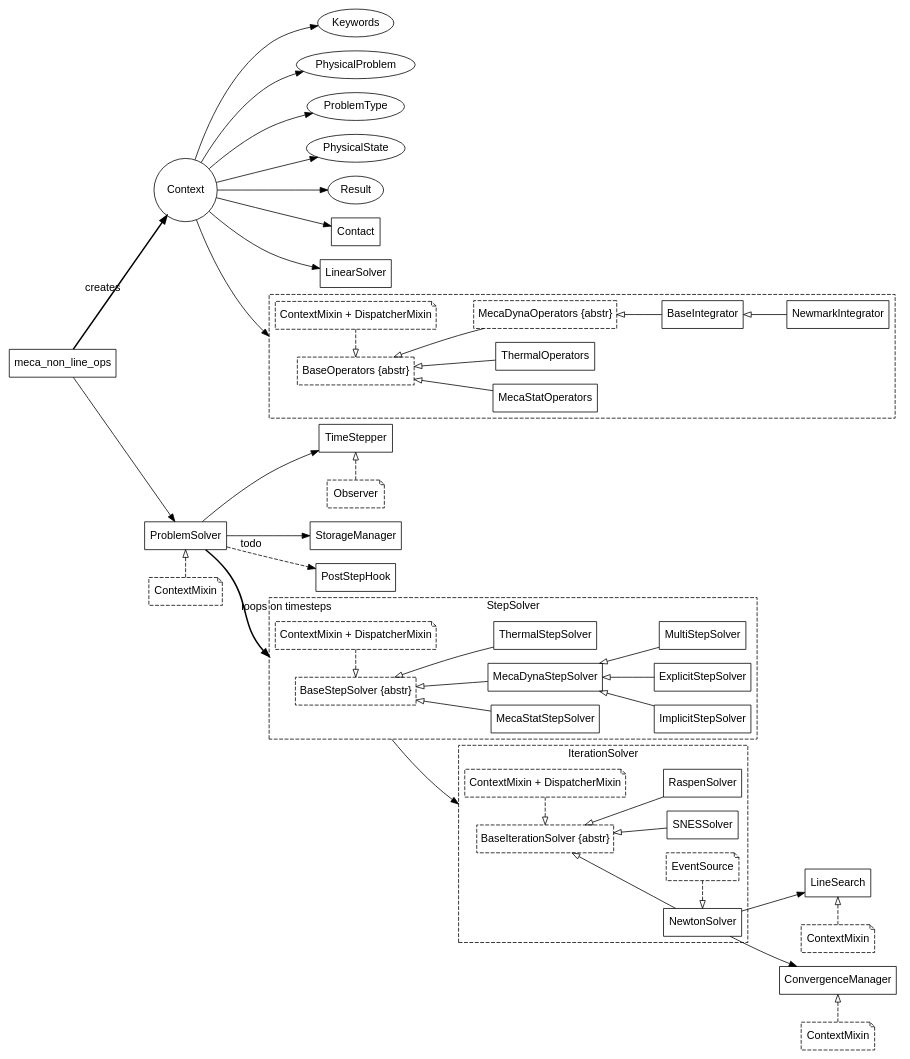
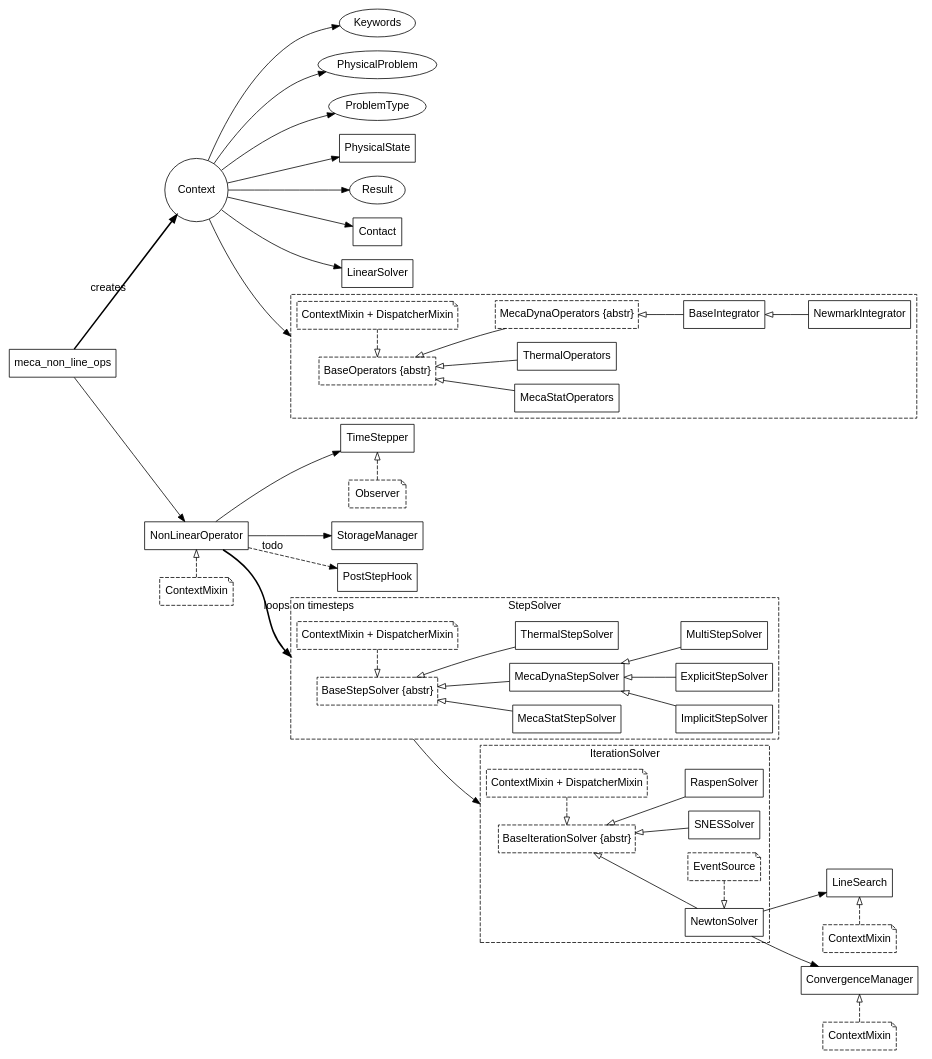
The diagram in doc/img/mnl.dot (Krande/code-aster-copy), drawn with Graphviz before and after one commit. The commit also changed 12 other files, not shown here.

Commit message:
[#34400] main object is NonLinearOperator

```diff
--- a/doc/img/mnl.dot
+++ b/doc/img/mnl.dot
@@ -1,158 +1,158 @@
 digraph MNL {
     compound = "true";
     // global+several pointers: circle
     // mixin: note, dashed
     // abstract: ' {abstr}', dashed
     labelloc = "t";
     rankdir = "LR";
     fontname = "Helvetica,Arial,sans-serif";
     node [fontname = "Helvetica,Arial,sans-serif"; shape = "box";];
     edge [fontname = "Helvetica,Arial,sans-serif";];
     
     subgraph bases {
         keywords [label = "Keywords";shape = "ellipse";];
         problem [label = "PhysicalProblem";shape = "ellipse";];
         type [label = "ProblemType";shape = "ellipse";];
-        state [label = "PhysicalState";shape = "ellipse";];
+        state [label = "PhysicalState";];
         result [label = "Result";shape = "ellipse";];
         contact [label = "Contact";];
         linsolv [label = "LinearSolver";];
         context [label = "Context";shape = "circle";];
         
         context -> problem;
         context -> type;
         context -> keywords;
         context -> state;
         context -> result;
         context -> operators [lhead = cluster_operators;];
         context -> contact;
         context -> linsolv;
     }
     
     mnl [label = "meca_non_line_ops";];
     subgraph {
         rank = "same";
-        pbsolv [label = "ProblemSolver";];
+        nl_operator [label = "NonLinearOperator";];
         mixin_pb [label = "ContextMixin";style = "dashed";shape = "note";];
-        pbsolv -> mixin_pb [dir = "back"; style = "dashed"; arrowtail = "empty";];
+        nl_operator -> mixin_pb [dir = "back"; style = "dashed"; arrowtail = "empty";];
     }
     timestepper [label = "TimeStepper";];
     storage [label = "StorageManager";];
     hook [label = "PostStepHook";];
     
     observ [label = "Observer";style = "dashed";shape = "note";];
     
     subgraph cluster_operators {
         subgraph {
             rank = "same";
             operators [label = "BaseOperators {abstr}";style = "dashed";];
             mixin_oper [label = "ContextMixin + DispatcherMixin";style = "dashed";shape = "note";];
             operators -> mixin_oper [dir = "back"; style = "dashed"; arrowtail = "empty";];
         }
         style = "dashed";
         subgraph {
             rank = "same";
             statopers [label = "MecaStatOperators";];
             theropers [label = "ThermalOperators";];
             dynopers [label = "MecaDynaOperators {abstr}";style = "dashed";];
         }
         integr [label = BaseIntegrator;];
         newmark [label = NewmarkIntegrator;];
         
         // subclasses
         operators -> statopers [dir = "back"; arrowtail = "empty";];
         operators -> dynopers [dir = "back"; arrowtail = "empty";];
         operators -> theropers [dir = "back"; arrowtail = "empty";];
         
         dynopers -> integr [dir = "back"; arrowtail = "empty";];
         integr -> newmark [dir = "back"; arrowtail = "empty";];
     }
     
     subgraph cluster_stepsolv {
         label = "StepSolver";
         style = "dashed";
         subgraph {
             rank = "same";
             mecastat [label = "MecaStatStepSolver";];
             mecadyn [label = "MecaDynaStepSolver";];
             ther [label = "ThermalStepSolver";];
         }
         subgraph {
             rank = "same";
             stepsolv [label = "BaseStepSolver {abstr}";style = "dashed";];
             mixin_step [label = "ContextMixin + DispatcherMixin";style = "dashed";shape = "note";];
             stepsolv -> mixin_step [dir = "back"; style = "dashed"; arrowtail = "empty";];
         }
         // subclasses
         stepsolv -> mecastat [dir = "back"; arrowtail = "empty";];
         stepsolv -> mecadyn [dir = "back"; arrowtail = "empty";];
         stepsolv -> ther [dir = "back"; arrowtail = "empty";];
         
         implicit [label = "ImplicitStepSolver";];
         explicit [label = "ExplicitStepSolver";];
         multi [label = "MultiStepSolver";];
         
         // subclasses
         mecadyn -> implicit [dir = "back"; arrowtail = "empty";];
         mecadyn -> explicit [dir = "back"; arrowtail = "empty";];
         mecadyn -> multi [dir = "back"; arrowtail = "empty";];
     }
     
     subgraph cluster_iter_solv {
         label = IterationSolver;
         style = "dashed";
         subgraph {
             rank = "same";
             iter_solver [label = "BaseIterationSolver {abstr}";style = "dashed";];
             mixin_iter [label = "ContextMixin + DispatcherMixin";style = "dashed";shape = "note";];
             iter_solver -> mixin_iter [dir = "back"; style = "dashed"; arrowtail = "empty";];
         }
         // [style = invis]
         subgraph {
             rank = "same";
             newton [label = "NewtonSolver";];
             event [label = "EventSource";style = "dashed";shape = "note";];
             newton -> event [dir = "back"; style = "dashed"; arrowtail = "empty";];
         }
         snes [label = "SNESSolver";];
         raspen [label = "RaspenSolver";];
         
         iter_solver -> newton [dir = "back"; arrowtail = "empty";];
         iter_solver -> snes [dir = "back"; arrowtail = "empty";];
         iter_solver -> raspen [dir = "back"; arrowtail = "empty";];
     }
     
-    mnl -> pbsolv;
+    mnl -> nl_operator;
     mnl -> context [xlabel = "creates"; style = "bold";];
     
-    pbsolv -> timestepper;
-    pbsolv -> storage;
-    pbsolv -> stepsolv [xlabel = "loops on timesteps"; lhead = cluster_stepsolv; style = "bold";];
-    pbsolv -> hook [label = "todo"; style = "dashed";];
+    nl_operator -> timestepper;
+    nl_operator -> storage;
+    nl_operator -> stepsolv [xlabel = "loops on timesteps"; lhead = cluster_stepsolv; style = "bold";];
+    nl_operator -> hook [label = "todo"; style = "dashed";];
     
     stepsolv -> iter_solver [ltail = cluster_stepsolv; lhead = cluster_iter_solv;];
     
     newton -> linesearch;
     newton -> conv_manager;
     
     subgraph {
         rank = "same";
         linesearch [label = "LineSearch";];
         mixin_line [label = "ContextMixin";style = "dashed";shape = "note";];
         linesearch -> mixin_line [dir = "back"; style = "dashed"; arrowtail = "empty";];
     }
     
     subgraph {
         rank = "same";
         conv_manager [label = "ConvergenceManager";];
         mixin_conv [label = "ContextMixin";style = "dashed";shape = "note";];
         conv_manager -> mixin_conv [dir = "back"; style = "dashed"; arrowtail = "empty";];
     }
     
     subgraph {
         rank = "same";
         timestepper -> observ [dir = "back"; style = "dashed"; arrowtail = "empty";];
     }
     // placement
     // timestepper -> stepsolv [style = "invis";];
 }
```
